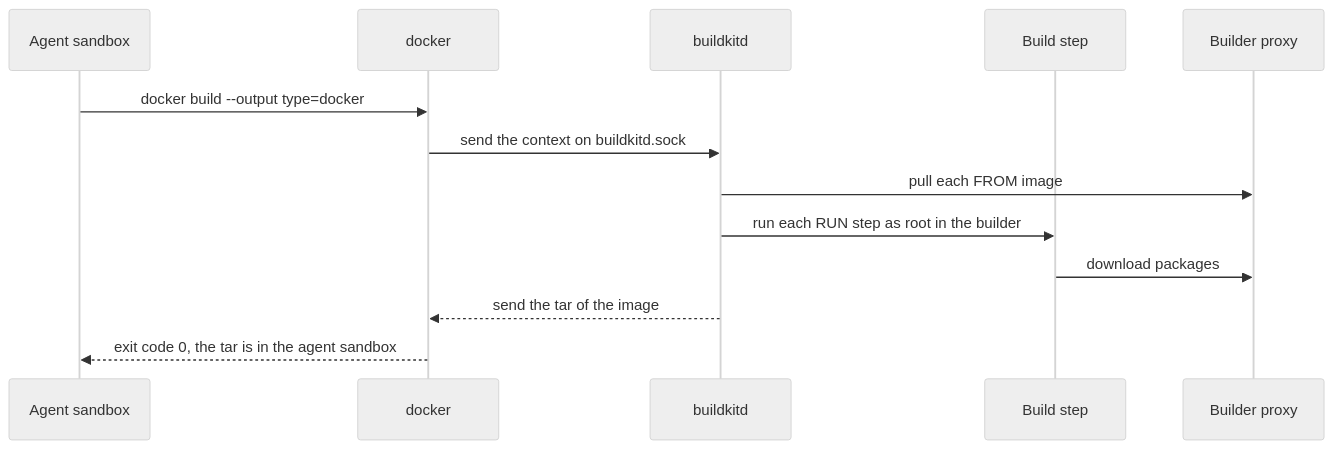
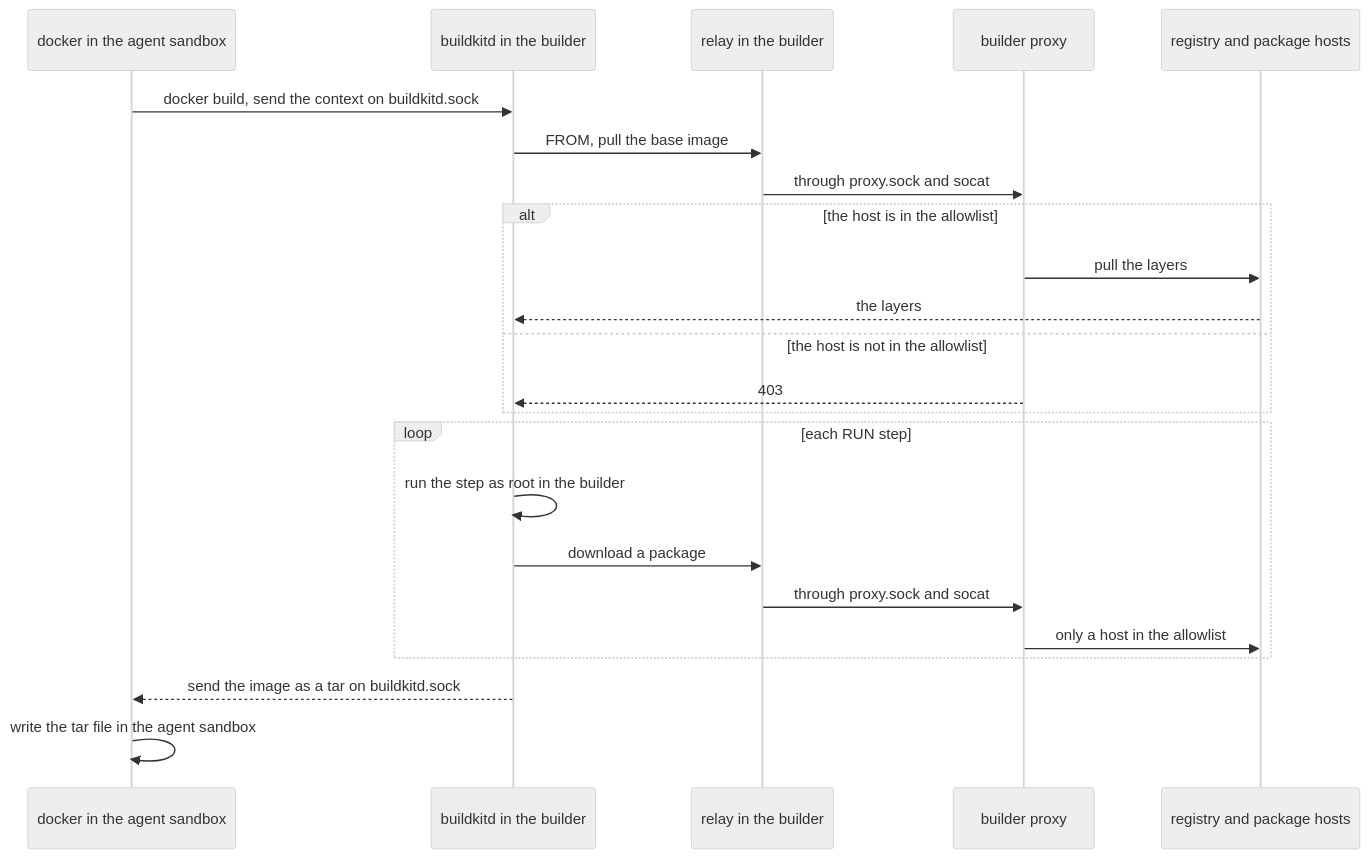
One commit to raghav19/engineersdaybook changed the third of 4 diagrams in .sandbox/docs/internals.md. Above: the diagram before and after it, drawn with Mermaid (neutral theme). The commit also changed other lines of this file, not shown here.

First line of the commit message:
docs: focus the flows on the agent sandbox and the builder (#342)

````diff
--- a/.sandbox/docs/internals.md
+++ b/.sandbox/docs/internals.md
@@ -208,15 +80,25 @@
 ```mermaid
 sequenceDiagram
-    participant Agent as Agent sandbox
-    participant docker
-    participant buildkitd
-    participant Step as Build step
-    participant BP as Builder proxy
-    Agent->>docker: docker build --output type=docker
-    docker->>buildkitd: send the context on buildkitd.sock
-    buildkitd->>BP: pull each FROM image
-    buildkitd->>Step: run each RUN step as root in the builder
-    Step->>BP: download packages
-    buildkitd-->>docker: send the tar of the image
-    docker-->>Agent: exit code 0, the tar is in the agent sandbox
+    participant Agent as docker in the agent sandbox
+    participant BK as buildkitd in the builder
+    participant Relay as relay in the builder
+    participant BP as builder proxy
+    participant Reg as registry and package hosts
+    Agent->>BK: docker build, send the context on buildkitd.sock
+    BK->>Relay: FROM, pull the base image
+    Relay->>BP: through proxy.sock and socat
+    alt the host is in the allowlist
+        BP->>Reg: pull the layers
+        Reg-->>BK: the layers
+    else the host is not in the allowlist
+        BP-->>BK: 403
+    end
+    loop each RUN step
+        BK->>BK: run the step as root in the builder
+        BK->>Relay: download a package
+        Relay->>BP: through proxy.sock and socat
+        BP->>Reg: only a host in the allowlist
+    end
+    BK-->>Agent: send the image as a tar on buildkitd.sock
+    Agent->>Agent: write the tar file in the agent sandbox
 ```
````
